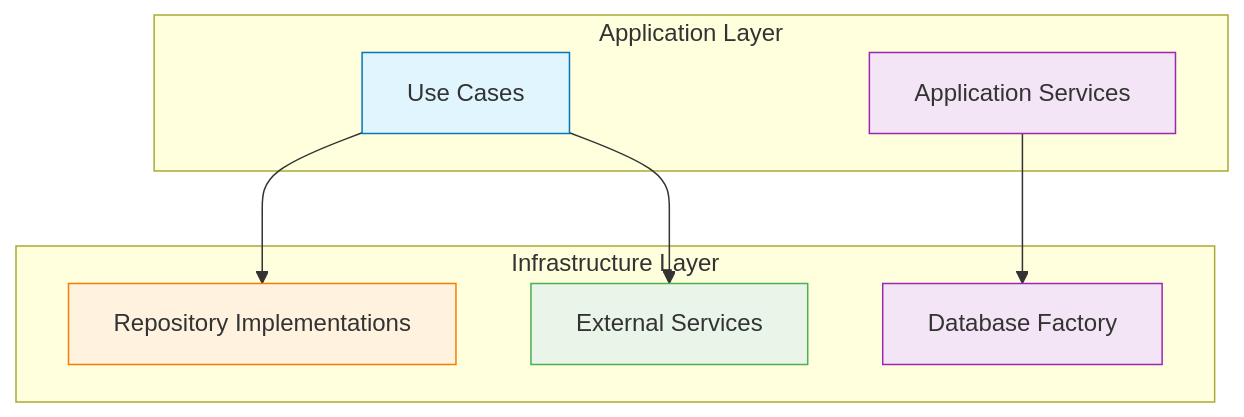
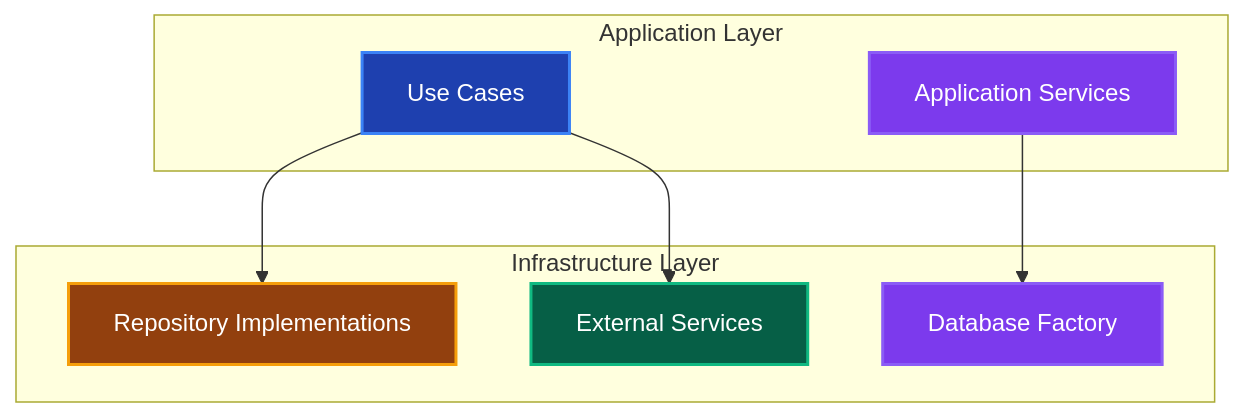
One commit to derushio/d-next-ddd-example changed the third of 5 diagrams in _DOCS/guides/ddd/layers/infrastructure/infrastructure.md. Above: the diagram before and after it, drawn with Mermaid. The commit also changed other lines of this file and 31 other files, not shown here.

Commit message:
🎨: DOCSのMermaid図表カラーテーマを暗色に統一し視認性を向上

````diff
--- a/_DOCS/guides/ddd/layers/infrastructure/infrastructure.md
+++ b/_DOCS/guides/ddd/layers/infrastructure/infrastructure.md
@@ -174,23 +174,23 @@
 ```mermaid
 graph TD
     subgraph "Application Layer"
         UC[Use Cases]
         AS[Application Services]
     end
     
     subgraph "Infrastructure Layer"
         REPO_IMPL[Repository Implementations]
         EXT_SERVICE[External Services]
         DB[Database Factory]
     end
     
     UC --> REPO_IMPL
     UC --> EXT_SERVICE
     AS --> DB
     
-    style UC fill:#e1f5fe,stroke:#0277bd
-    style AS fill:#f3e5f5,stroke:#9c27b0
-    style REPO_IMPL fill:#fff3e0,stroke:#f57c00
-    style EXT_SERVICE fill:#e8f5e8,stroke:#4caf50
-    style DB fill:#f3e5f5,stroke:#9c27b0
+    style UC fill:#1e40af,stroke:#3b82f6,stroke-width:2px,color:#ffffff
+    style AS fill:#7c3aed,stroke:#8b5cf6,stroke-width:2px,color:#ffffff
+    style REPO_IMPL fill:#92400e,stroke:#f59e0b,stroke-width:2px,color:#ffffff
+    style EXT_SERVICE fill:#065f46,stroke:#10b981,stroke-width:2px,color:#ffffff
+    style DB fill:#7c3aed,stroke:#8b5cf6,stroke-width:2px,color:#ffffff
 ```
````
